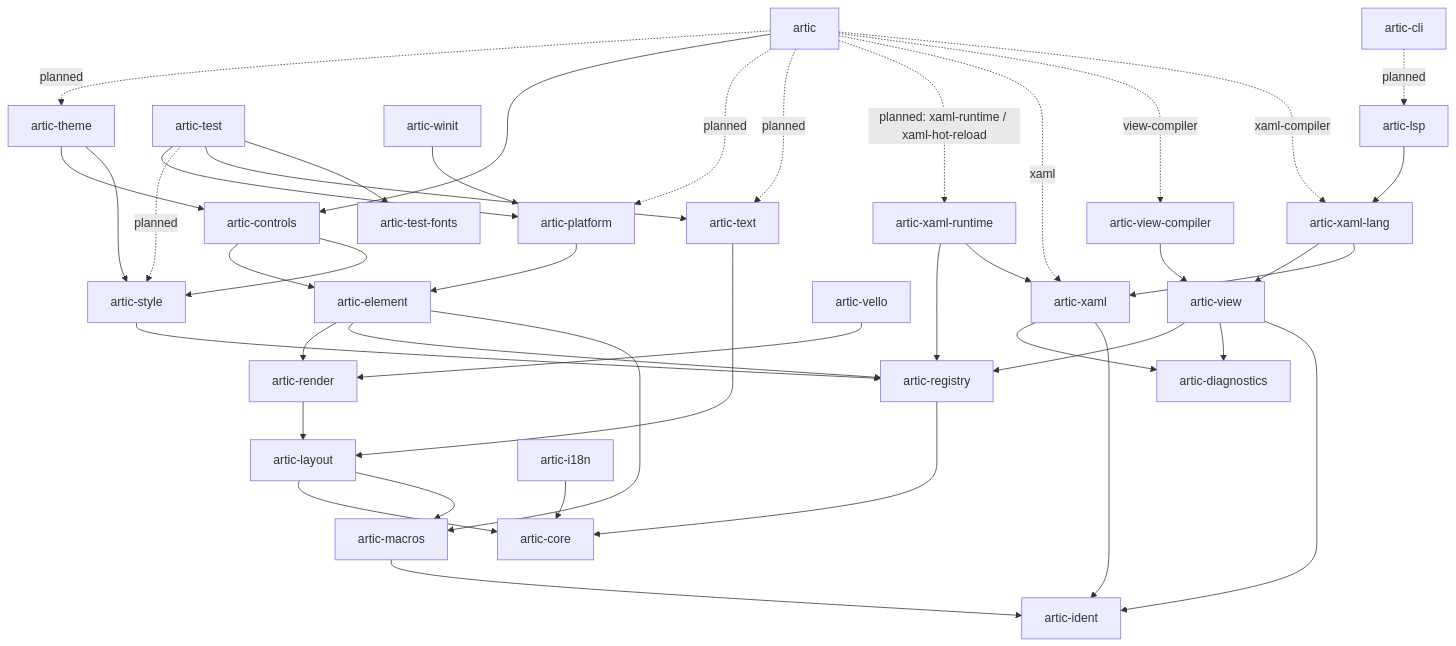
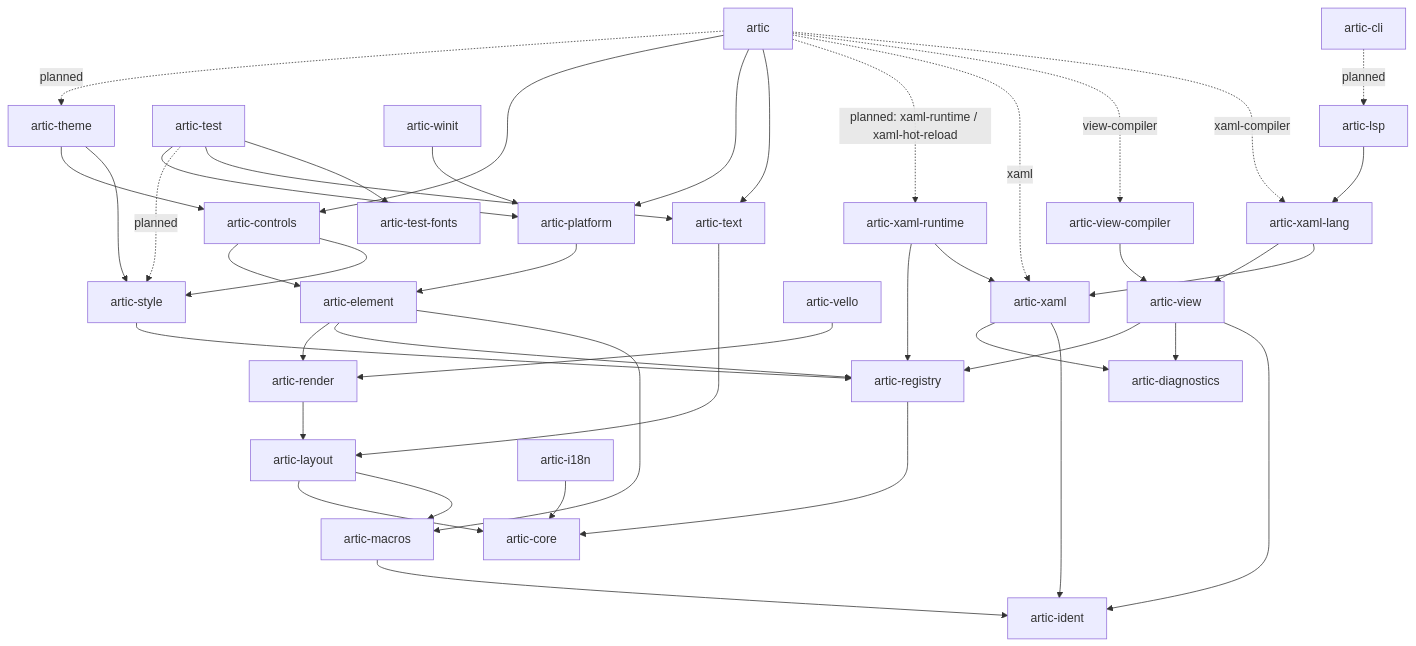
Before and after one commit to wolfware-labs/artic: the diagram in docs/architecture.md, drawn with Mermaid. The commit also changed other lines of this file and 21 other files, not shown here.

````diff
--- a/docs/architecture.md
+++ b/docs/architecture.md
@@ -37,54 +37,54 @@
 ```mermaid
 flowchart TD
   artic -. planned .-> theme[artic-theme]
   artic --> controls[artic-controls]
-  artic -. planned .-> platform[artic-platform]
-  artic -. planned .-> text[artic-text]
+  artic --> platform[artic-platform]
+  artic --> text[artic-text]
   artic -. planned: xaml-runtime / xaml-hot-reload .-> runtime[artic-xaml-runtime]
   artic -. xaml .-> xaml
   artic -. view-compiler .-> viewc[artic-view-compiler]
   artic -. xaml-compiler .-> lang
 
   theme --> controls
   theme --> styles[artic-style]
 
   controls --> element[artic-element]
   controls --> styles
 
   platform --> element
 
   element --> render[artic-render]
   element --> registry[artic-registry]
   element --> macros[artic-macros]
 
   test[artic-test] --> platform
   test -. planned .-> styles
   test --> text
   test --> fonts[artic-test-fonts]
 
   winit[artic-winit] --> platform
   vello[artic-vello] --> render
 
   cli[artic-cli] -. planned .-> lsp[artic-lsp]
   lsp --> lang[artic-xaml-lang]
 
   render --> layout[artic-layout]
   text --> layout
   styles --> registry
   viewc --> view[artic-view]
   lang --> view
   view --> registry
   view --> diagnostics
   lang --> xaml[artic-xaml]
   xaml --> diagnostics[artic-diagnostics]
   runtime --> registry
   runtime --> xaml
 
   registry --> core[artic-core]
   layout --> core
   layout --> macros
   macros --> ident[artic-ident]
   xaml --> ident
   view --> ident
   i18n[artic-i18n] --> core
 ```
````
